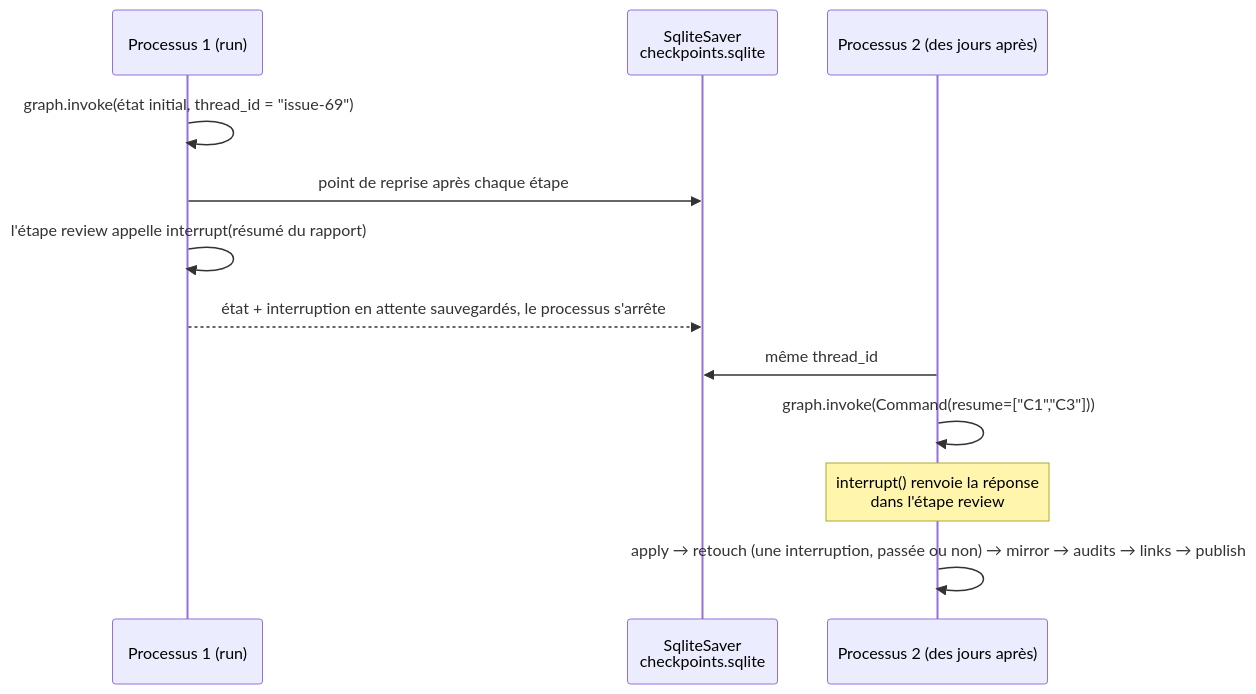
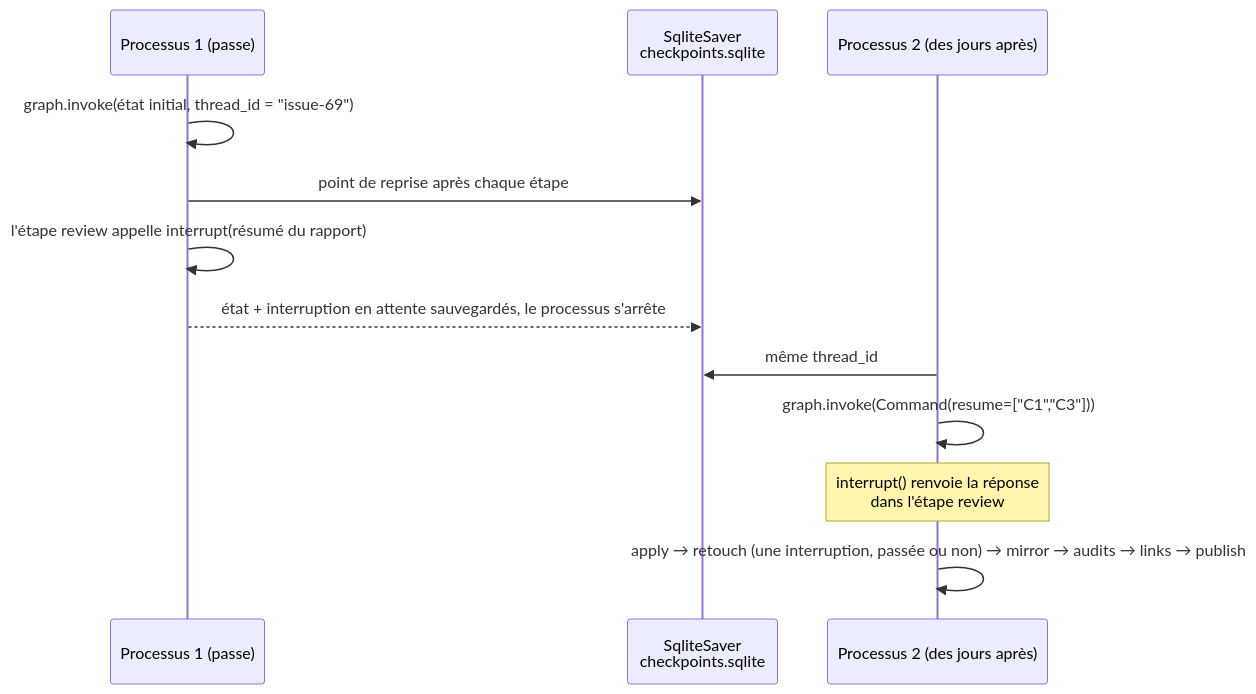
One commit to DamienBecherini/vault-watch-agent changed the fifth of 6 diagrams in docs/fr/code.md. Above: the diagram before and after it, drawn with Mermaid. The commit also changed other lines of this file and 15 other files, not shown here.

Commit message:
docs(fr): « passe » for a run of the agent, « passage » kept for a piece of text, as in the interface

````diff
--- a/docs/fr/code.md
+++ b/docs/fr/code.md
@@ -222,14 +222,14 @@
 ```mermaid
 sequenceDiagram
-  participant P1 as Processus 1 (run)
+  participant P1 as Processus 1 (passe)
   participant S as SqliteSaver<br/>checkpoints.sqlite
   participant P2 as Processus 2 (des jours après)
   P1->>P1: graph.invoke(état initial, thread_id = "issue-69")
   P1->>S: point de reprise après chaque étape
   P1->>P1: l'étape review appelle interrupt(résumé du rapport)
   P1-->>S: état + interruption en attente sauvegardés, le processus s'arrête
   P2->>S: même thread_id
   P2->>P2: graph.invoke(Command(resume=["C1","C3"]))
   Note over P2: interrupt() renvoie la réponse<br/>dans l'étape review
   P2->>P2: apply → retouch (une interruption, passée ou non) → mirror → audits → links → publish
 ```
````
